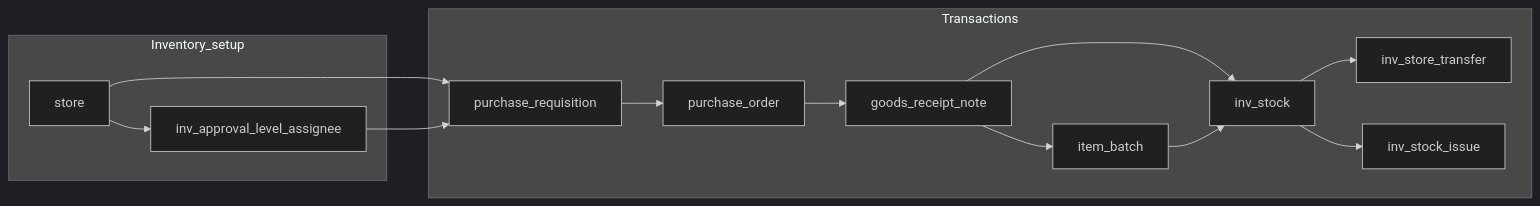
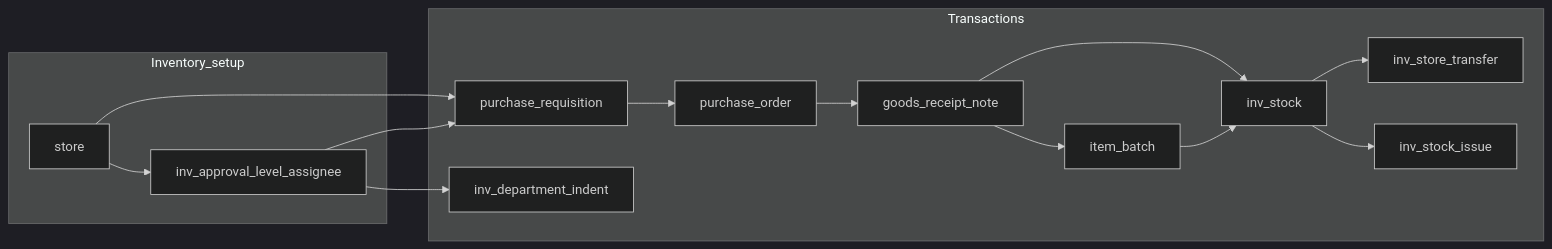
The diagram in .cursor/skills/inventory-transactions-and-batch-flow/SKILL.md (menzies-mariesta-com/medora-web-menzies), drawn with Mermaid (dark theme) before and after one commit. The commit also changed other lines of this file and 162 other files, not shown here.

````diff
--- a/.cursor/skills/inventory-transactions-and-batch-flow/SKILL.md
+++ b/.cursor/skills/inventory-transactions-and-batch-flow/SKILL.md
@@ -25,26 +25,28 @@
 ```mermaid
 flowchart LR
   subgraph setup [Inventory_setup]
     Store[store]
     Appr[inv_approval_level_assignee]
   end
   subgraph tx [Transactions]
     PR[purchase_requisition]
     PO[purchase_order]
     GRN[goods_receipt_note]
     Batch[item_batch]
     Stock[inv_stock]
     Xfer[inv_store_transfer]
     Iss[inv_stock_issue]
+    DI[inv_department_indent]
   end
   Store --> Appr
   Store --> PR
   Appr --> PR
+  Appr --> DI
   PR --> PO
   PO --> GRN
   GRN --> Batch
   GRN --> Stock
   Batch --> Stock
   Stock --> Xfer
   Stock --> Iss
 ```
````
